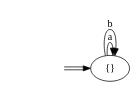
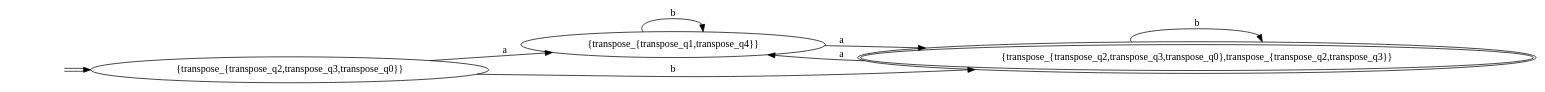
One commit to Christopher-Caroni/L3INFO changed the diagram in TDM5/ael/automate-test-result.dot. Above: the diagram before and after it, drawn with Graphviz. The commit also changed 6 other files, not shown here.

```diff
--- a/TDM5/ael/automate-test-result.dot
+++ b/TDM5/ael/automate-test-result.dot
@@ -1,7 +1,11 @@
 digraph Automaton { 
   rankdir = LR
-  0 [label="{}"];  start0 [style=invis]
+  0 [label="{transpose_{transpose_q2,transpose_q3,transpose_q0}}"];  1 [label="{transpose_{transpose_q1,transpose_q4}}"];  2 [label="{transpose_{transpose_q2,transpose_q3,transpose_q0},transpose_{transpose_q2,transpose_q3}}",peripheries=2];  start0 [style=invis]
   start0 -> 0[color="black:white:black"]
-  0 -> 0 [label = "a" ]
-  0 -> 0 [label = "b" ]
+  0 -> 1 [label = "a" ]
+  0 -> 2 [label = "b" ]
+  1 -> 2 [label = "a" ]
+  1 -> 1 [label = "b" ]
+  2 -> 1 [label = "a" ]
+  2 -> 2 [label = "b" ]
 }
```
